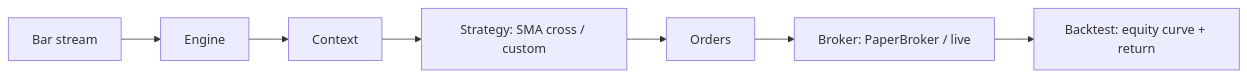
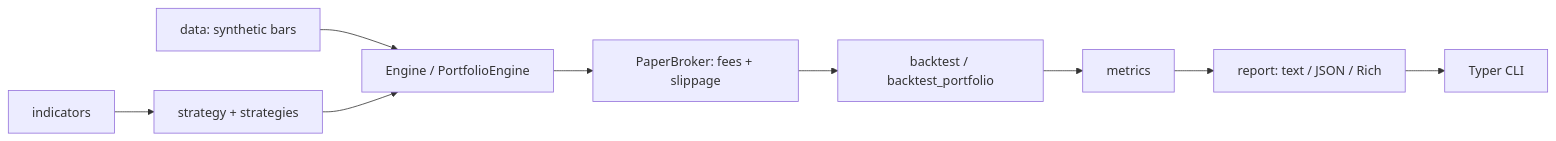
Before and after one commit to Viprasol-Tech/trading-bot-framework: the diagram in README.md, drawn with Mermaid. The commit also changed other lines of this file and 19 other files, not shown here.

````diff
--- a/README.md
+++ b/README.md
@@ -80,9 +123,11 @@
 ```mermaid
 flowchart LR
-    BARS[Bar stream] --> ENGINE[Engine]
-    ENGINE --> CTX[Context]
-    CTX --> STRAT[Strategy: SMA cross / custom]
-    STRAT --> ORD[Orders]
-    ORD --> BROKER[Broker: PaperBroker / live]
-    BROKER --> BT[Backtest: equity curve + return]
+    Data[data: synthetic bars] --> Engine
+    Strategy[strategy + strategies] --> Engine
+    Indicators[indicators] --> Strategy
+    Engine[Engine / PortfolioEngine] --> Broker[PaperBroker: fees + slippage]
+    Broker --> Backtest[backtest / backtest_portfolio]
+    Backtest --> Metrics[metrics]
+    Metrics --> Report[report: text / JSON / Rich]
+    Report --> CLI[Typer CLI]
 ```
````
